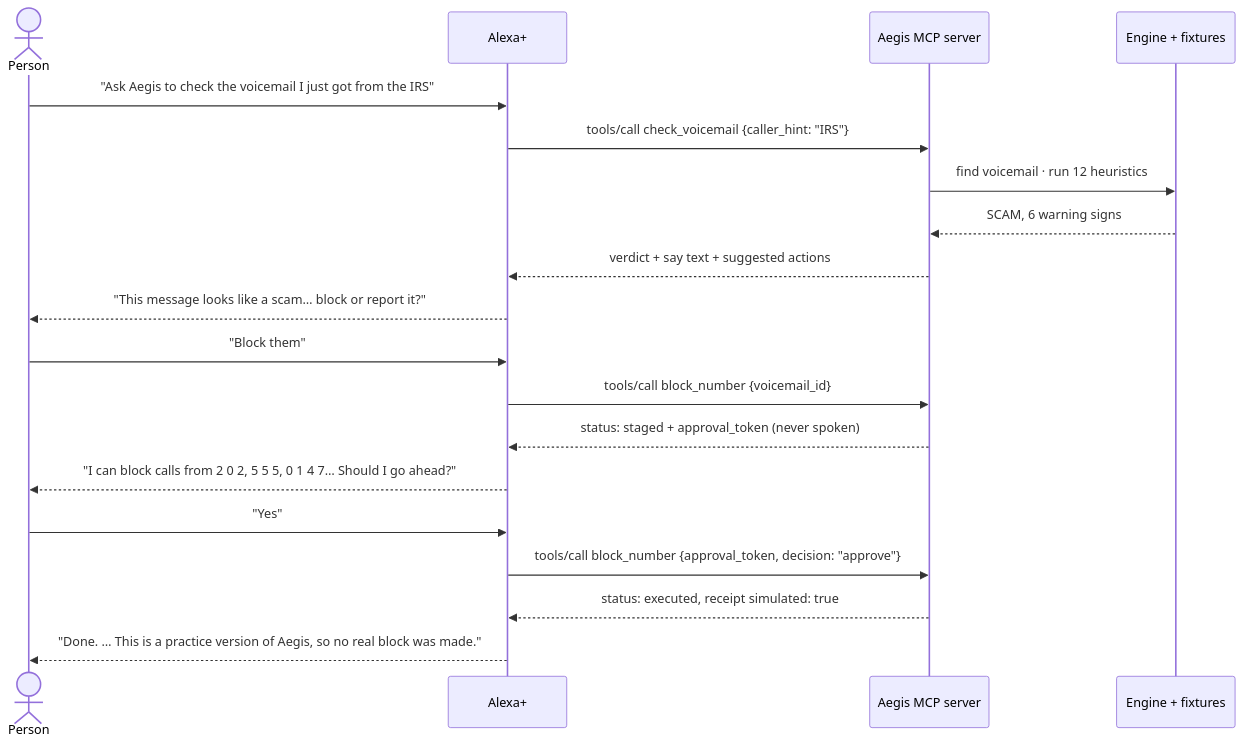
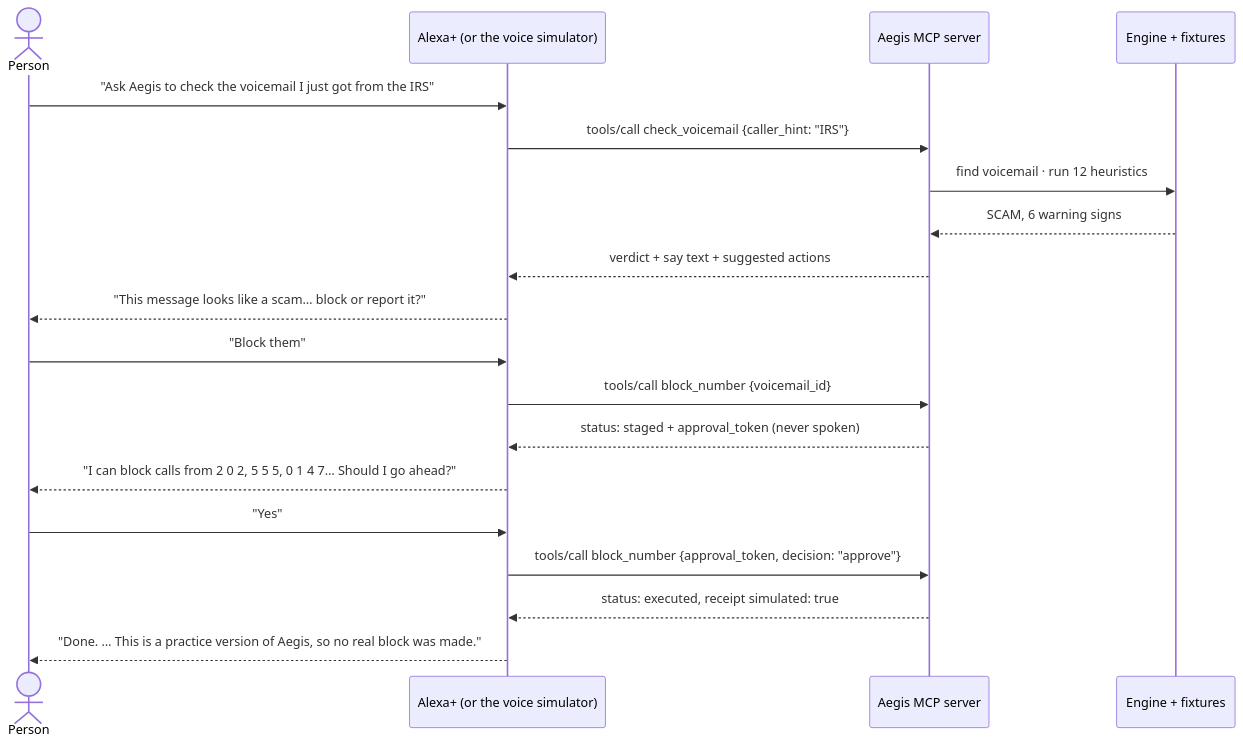
The second of 3 diagrams in README.md (utlityapps/aegis-mcp), drawn with Mermaid before and after one commit. The commit also changed other lines of this file and 9 other files, not shown here.

First line of the commit message:
Point the docs and demo at the web voice simulator

````diff
--- a/README.md
+++ b/README.md
@@ -90,22 +98,22 @@
 ```mermaid
 sequenceDiagram
     actor P as Person
-    participant A as Alexa+
+    participant A as Alexa+ (or the voice simulator)
     participant S as Aegis MCP server
     participant E as Engine + fixtures
 
     P->>A: "Ask Aegis to check the voicemail I just got from the IRS"
     A->>S: tools/call check_voicemail {caller_hint: "IRS"}
     S->>E: find voicemail · run 12 heuristics
     E-->>S: SCAM, 6 warning signs
     S-->>A: verdict + say text + suggested actions
     A-->>P: "This message looks like a scam… block or report it?"
     P->>A: "Block them"
     A->>S: tools/call block_number {voicemail_id}
     S-->>A: status: staged + approval_token (never spoken)
     A-->>P: "I can block calls from 2 0 2, 5 5 5, 0 1 4 7… Should I go ahead?"
     P->>A: "Yes"
     A->>S: tools/call block_number {approval_token, decision: "approve"}
     S-->>A: status: executed, receipt simulated: true
     A-->>P: "Done. … This is a practice version of Aegis, so no real block was made."
 ```
````
